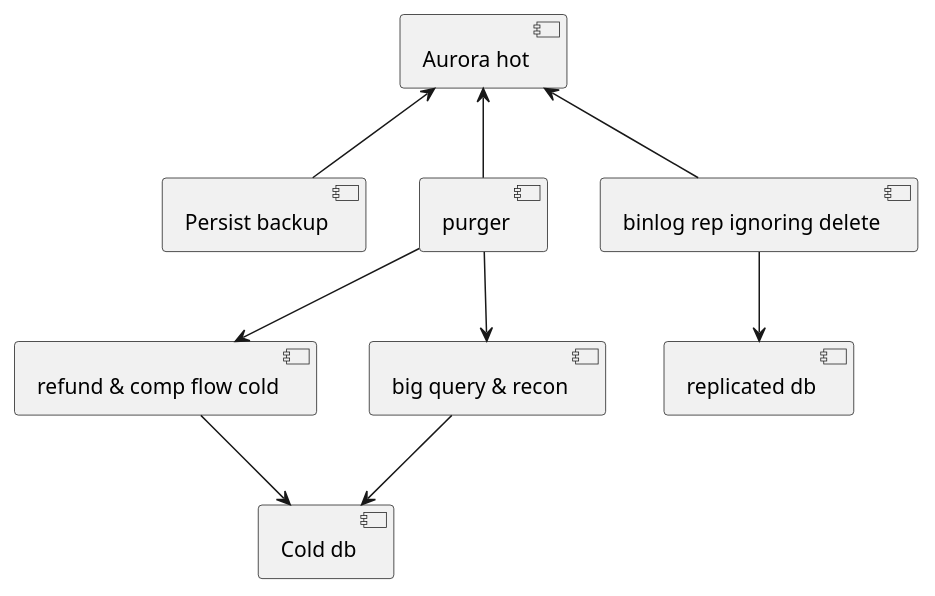
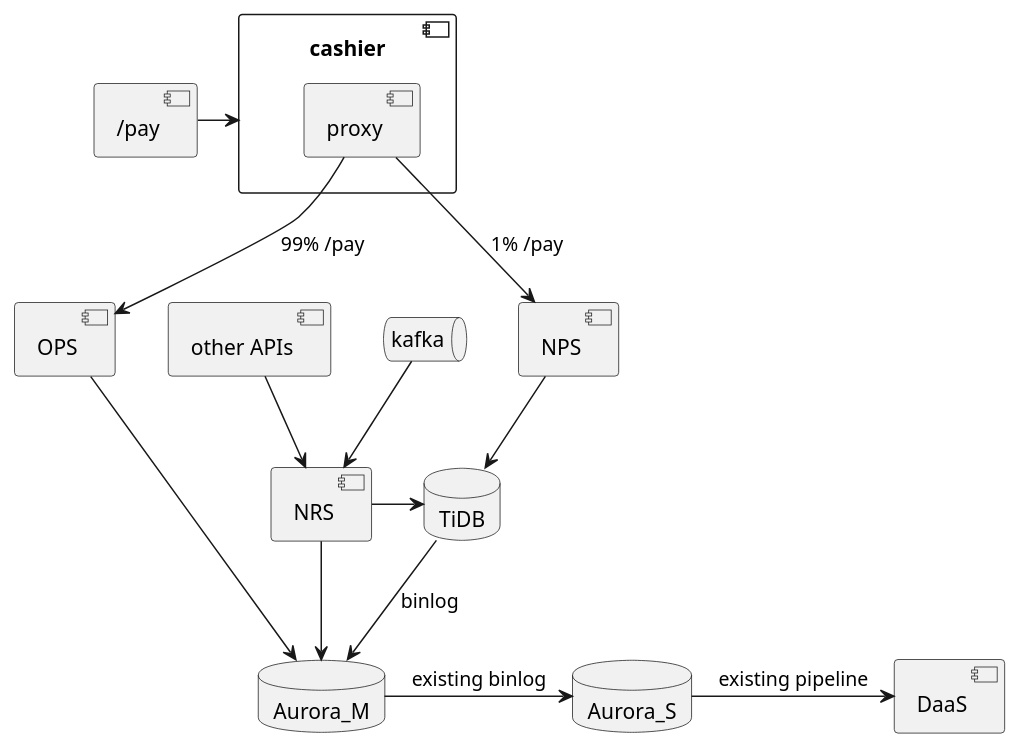
The second of 6 diagrams in mgmt/plan.plantuml (george24601/notes), drawn with PlantUML before and after one commit. The commit also changed other lines of this file and 17 other files, not shown here.

```diff
--- a/mgmt/plan.plantuml
+++ b/mgmt/plan.plantuml
@@ -14,19 +15,22 @@
 @startuml
-[Aurora hot] 
-
-[Aurora hot] <-- [Persist backup]
-
-[purger] --> [refund & comp flow cold] 
-
-[refund & comp flow cold] --> [Cold db]  
-
-[purger] --> [big query & recon] 
-[big query & recon] --> [Cold db]  
-
-[Aurora hot] <-- [purger] 
-
-[Aurora hot] <-- [binlog rep ignoring delete] 
-
-[binlog rep ignoring delete] --> [replicated db]
-
+database TiDB
+database Aurora_M as RDS
+database Aurora_S as Slave
+component [cashier] as C {
+    [proxy]
+}
+component [NPS] as P
+queue kafka
+[/pay] -> C
+proxy --> [OPS]: 99% /pay
+proxy --> P: 1% /pay
+[OPS] -> RDS
+P --> TiDB
+TiDB --> RDS: binlog
+[other APIs] --> [NRS]
+kafka --> [NRS]
+[NRS] -> RDS
+[NRS] -> TiDB
+RDS -> Slave: existing binlog
+Slave -> [DaaS]: existing pipeline
 @enduml
```
